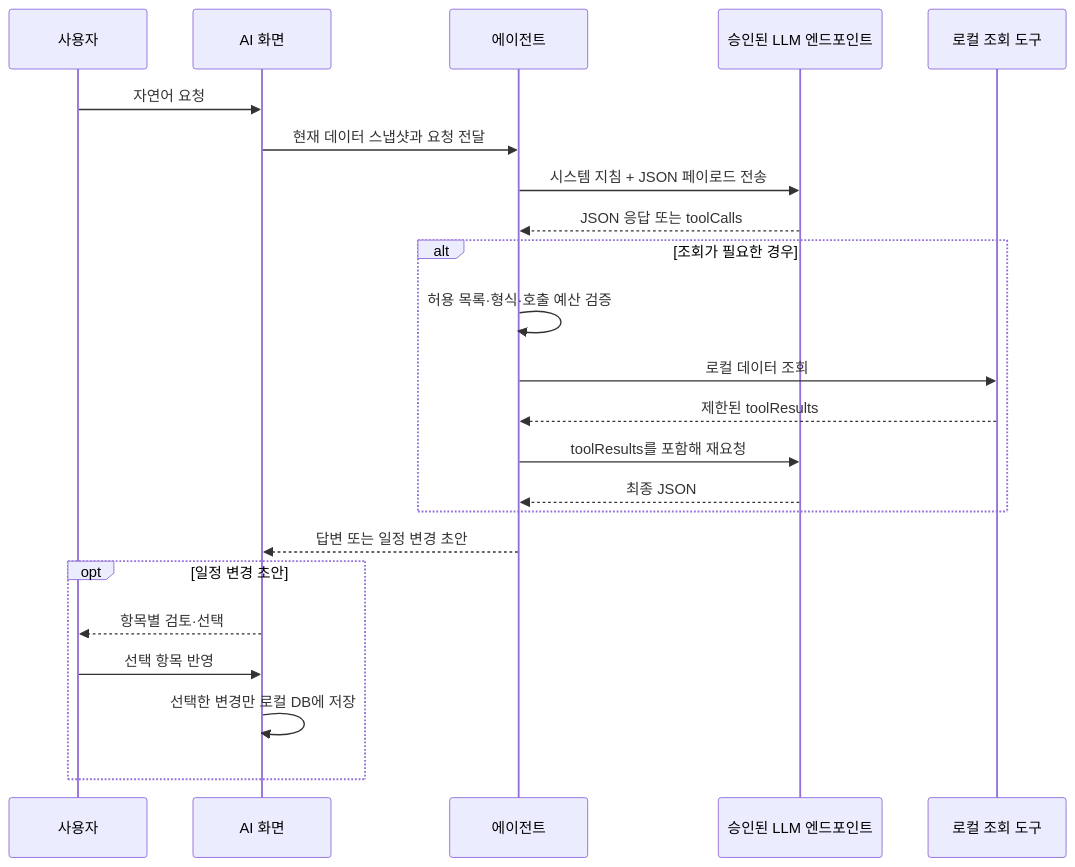
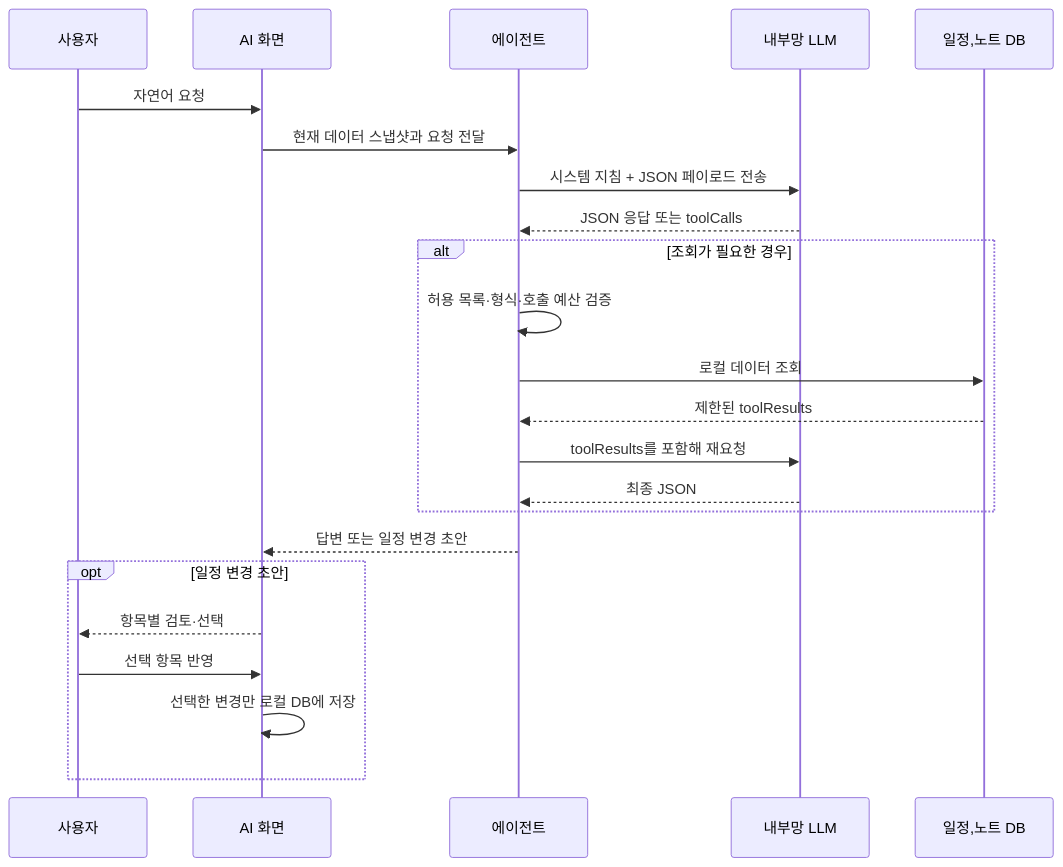
Before and after one commit to sohnjun96/AI-Planner: the diagram in docs/TOOL_CALLING.md, drawn with Mermaid.

````diff
--- a/docs/TOOL_CALLING.md
+++ b/docs/TOOL_CALLING.md
@@ -9,26 +9,26 @@
 ```mermaid
 sequenceDiagram
     participant U as 사용자
     participant UI as AI 화면
     participant A as 에이전트
-    participant L as 승인된 LLM 엔드포인트
-    participant T as 로컬 조회 도구
+    participant L as 내부망 LLM
+    participant T as 일정,노트 DB
 
     U->>UI: 자연어 요청
     UI->>A: 현재 데이터 스냅샷과 요청 전달
     A->>L: 시스템 지침 + JSON 페이로드 전송
     L-->>A: JSON 응답 또는 toolCalls
     alt 조회가 필요한 경우
         A->>A: 허용 목록·형식·호출 예산 검증
         A->>T: 로컬 데이터 조회
         T-->>A: 제한된 toolResults
         A->>L: toolResults를 포함해 재요청
         L-->>A: 최종 JSON
     end
     A-->>UI: 답변 또는 일정 변경 초안
     opt 일정 변경 초안
         UI-->>U: 항목별 검토·선택
         U->>UI: 선택 항목 반영
         UI->>UI: 선택한 변경만 로컬 DB에 저장
     end
 ```
````
